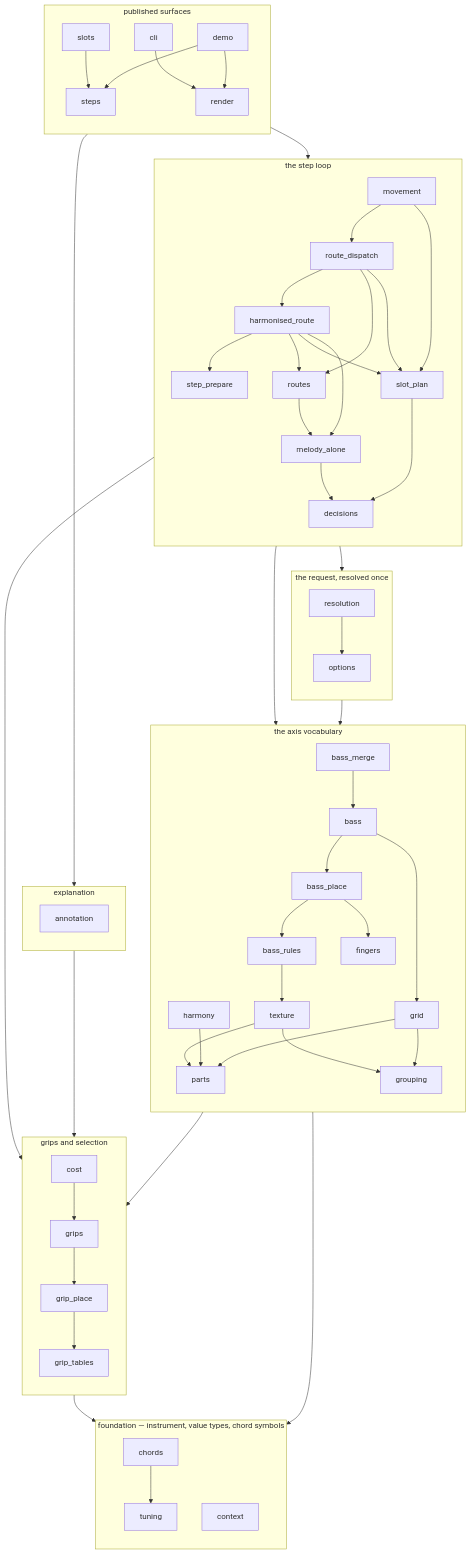
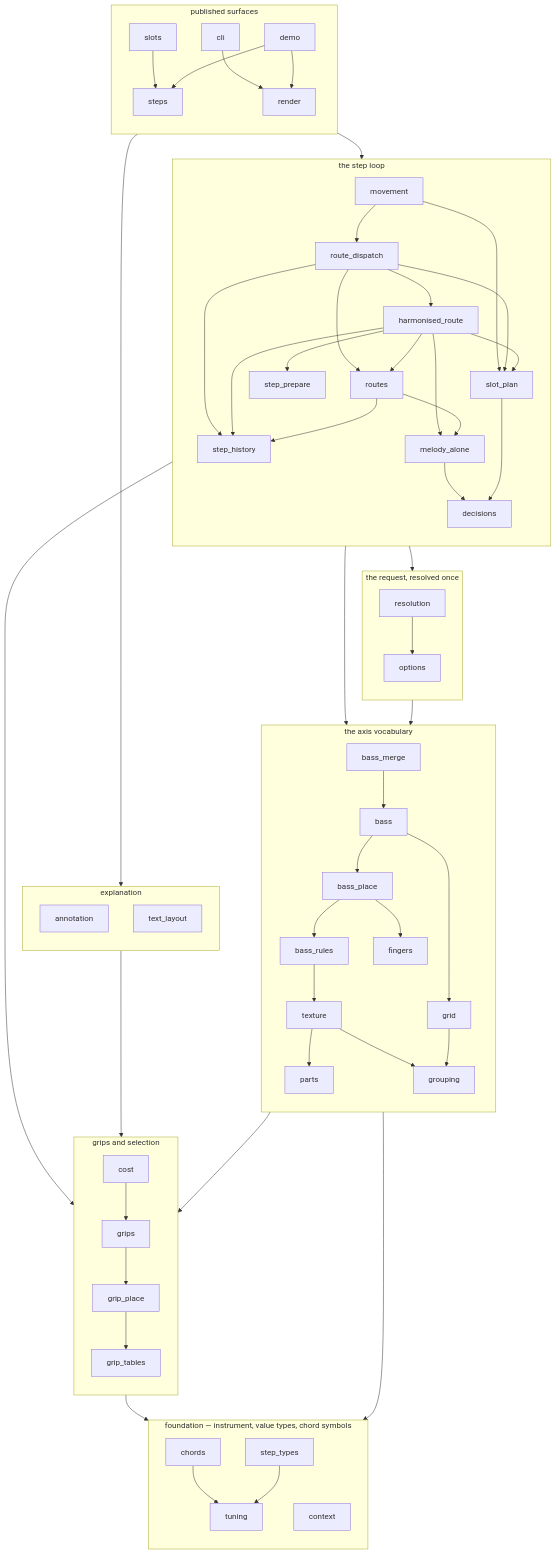
Before and after one commit to jcundill/arranger: the first of 2 diagrams in docs/dependency-dag.md, drawn with Mermaid. The commit also changed other lines of this file and 104 other files, not shown here.

```diff
--- a/docs/dependency-dag.md
+++ b/docs/dependency-dag.md
@@ -49,17 +49,21 @@
         routes["routes"]
         slot_plan["slot_plan"]
         melody_alone["melody_alone"]
+        step_history["step_history"]
         decisions["decisions"]
         movement --> route_dispatch
         movement --> slot_plan
         route_dispatch --> harmonised_route
         route_dispatch --> routes
         route_dispatch --> slot_plan
+        route_dispatch --> step_history
         harmonised_route --> step_prepare
         harmonised_route --> routes
         harmonised_route --> slot_plan
         harmonised_route --> melody_alone
+        harmonised_route --> step_history
         routes --> melody_alone
+        routes --> step_history
         melody_alone --> decisions
         slot_plan --> decisions
     end
@@ -78,7 +82,6 @@
         bass_place["bass_place"]
         bass_rules["bass_rules"]
         texture["texture"]
-        harmony["harmony"]
         grouping["grouping"]
         grid["grid"]
         parts["parts"]
@@ -90,14 +93,13 @@
         bass_rules --> texture
         texture --> parts
         texture --> grouping
-        harmony --> parts
         grid --> grouping
-        grid --> parts
     end
 
     subgraph layer_explanation["explanation"]
         direction TB
         annotation["annotation"]
+        text_layout["text_layout"]
     end
 
     subgraph layer_grips["grips and selection"]
@@ -116,9 +118,11 @@
         fingers["fingers"]
         chords["chords"]
         context["context"]
+        step_types["step_types"]
         tuning["tuning"]
-        fingers --> tuning
+        fingers --> step_types
         chords --> tuning
+        step_types --> tuning
     end
 
     layer_surface --> layer_loop
```
